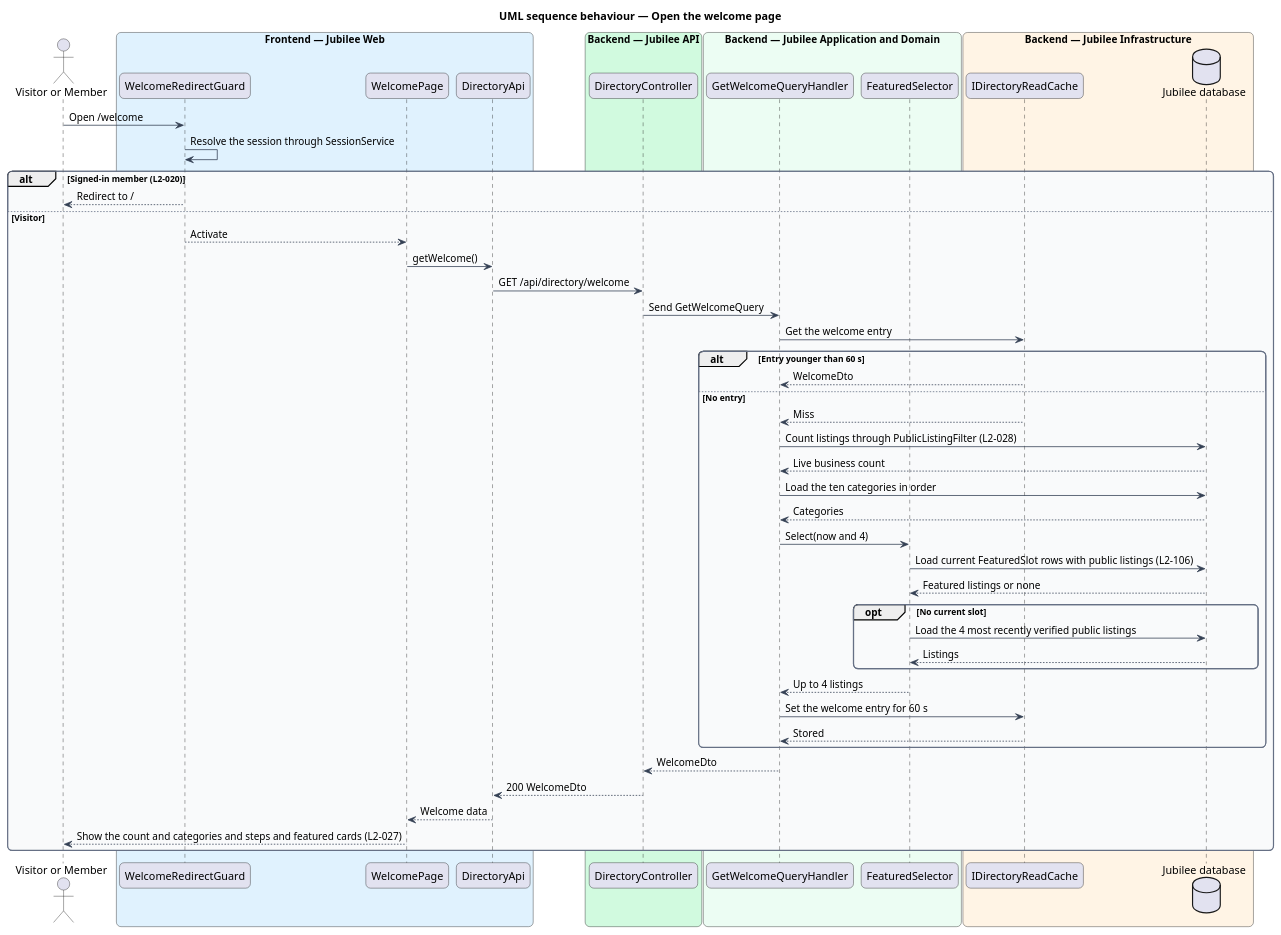
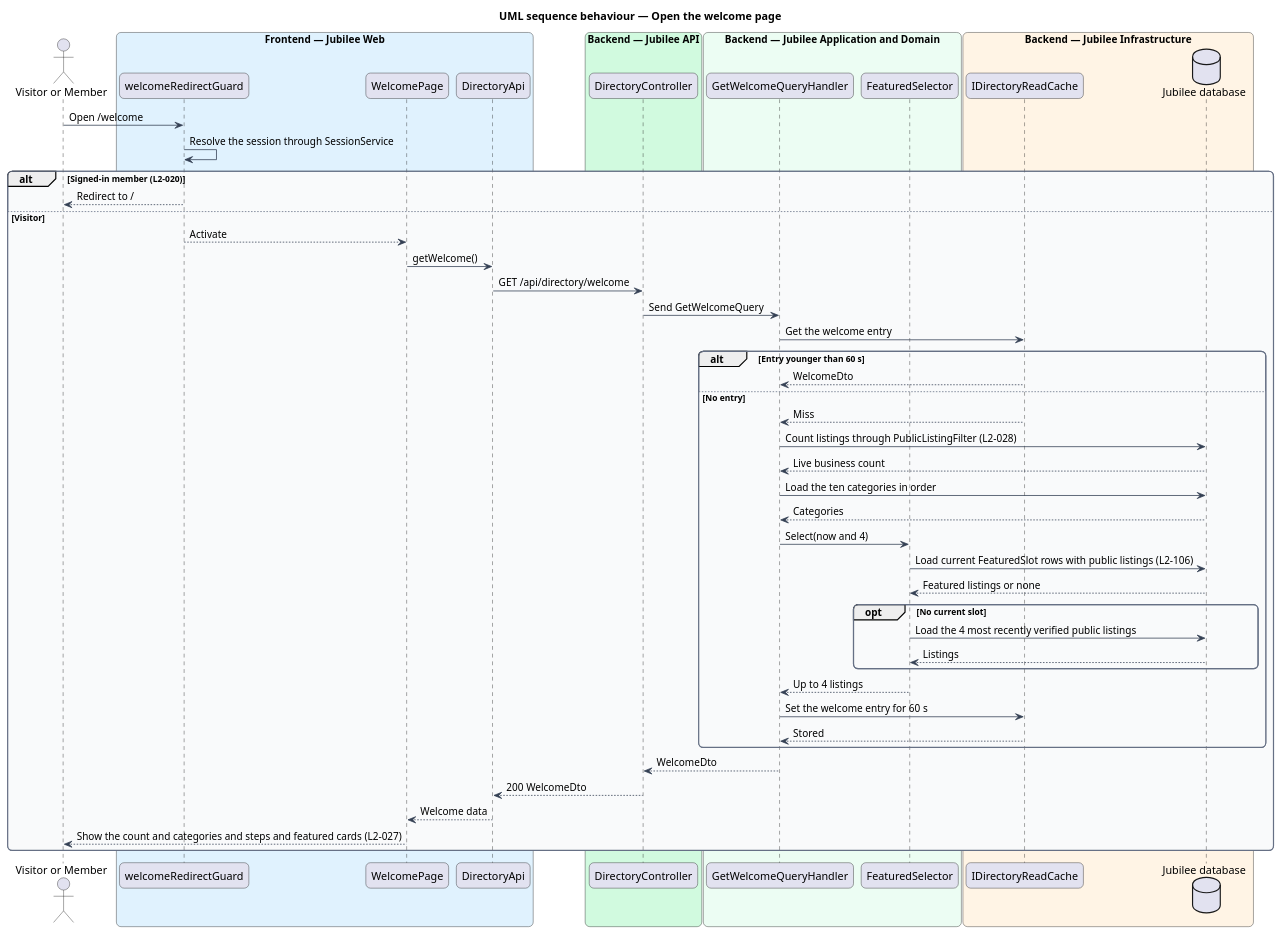
The diagram in docs/detailed-designs/directory/view-welcome-page/diagrams/sequence-open-welcome-page.puml (QuinntyneBrown/jubilee), drawn with PlantUML before and after one commit. The commit also changed 25 other files, not shown here.

```diff
--- a/docs/detailed-designs/directory/view-welcome-page/diagrams/sequence-open-welcome-page.puml
+++ b/docs/detailed-designs/directory/view-welcome-page/diagrams/sequence-open-welcome-page.puml
@@ -1,70 +1,70 @@
 @startuml
 title UML sequence behaviour — Open the welcome page
 skinparam backgroundColor #FFFFFF
 skinparam shadowing false
 skinparam roundcorner 12
 skinparam defaultFontName Arial
 skinparam ArrowColor #344054
 skinparam rectangle {
   BorderColor #344054
   FontColor #101828
 }
 skinparam package {
   BorderColor #667085
   FontColor #101828
   BackgroundColor #F9FAFB
 }
 
 
 actor "Visitor or Member" as actor
 box "Frontend — Jubilee Web" #E0F2FE
-  participant "WelcomeRedirectGuard" as guard
+  participant "welcomeRedirectGuard" as guard
   participant "WelcomePage" as page
   participant "DirectoryApi" as client
 end box
 box "Backend — Jubilee API" #D1FADF
   participant "DirectoryController" as controller
 end box
 box "Backend — Jubilee Application and Domain" #ECFDF3
   participant "GetWelcomeQueryHandler" as handler
   participant "FeaturedSelector" as selector
 end box
 box "Backend — Jubilee Infrastructure" #FFF4E5
   participant "IDirectoryReadCache" as cache
   database "Jubilee database" as db
 end box
 actor -> guard : Open /welcome
 guard -> guard : Resolve the session through SessionService
 alt Signed-in member (L2-020)
   guard --> actor : Redirect to /
 else Visitor
   guard --> page : Activate
   page -> client : getWelcome()
   client -> controller : GET /api/directory/welcome
   controller -> handler : Send GetWelcomeQuery
   handler -> cache : Get the welcome entry
   alt Entry younger than 60 s
     cache --> handler : WelcomeDto
   else No entry
     cache --> handler : Miss
     handler -> db : Count listings through PublicListingFilter (L2-028)
     db --> handler : Live business count
     handler -> db : Load the ten categories in order
     db --> handler : Categories
     handler -> selector : Select(now and 4)
     selector -> db : Load current FeaturedSlot rows with public listings (L2-106)
     db --> selector : Featured listings or none
     opt No current slot
       selector -> db : Load the 4 most recently verified public listings
       db --> selector : Listings
     end
     selector --> handler : Up to 4 listings
     handler -> cache : Set the welcome entry for 60 s
     cache --> handler : Stored
   end
   handler --> controller : WelcomeDto
   controller --> client : 200 WelcomeDto
   client --> page : Welcome data
   page --> actor : Show the count and categories and steps and featured cards (L2-027)
 end
 @enduml
```
